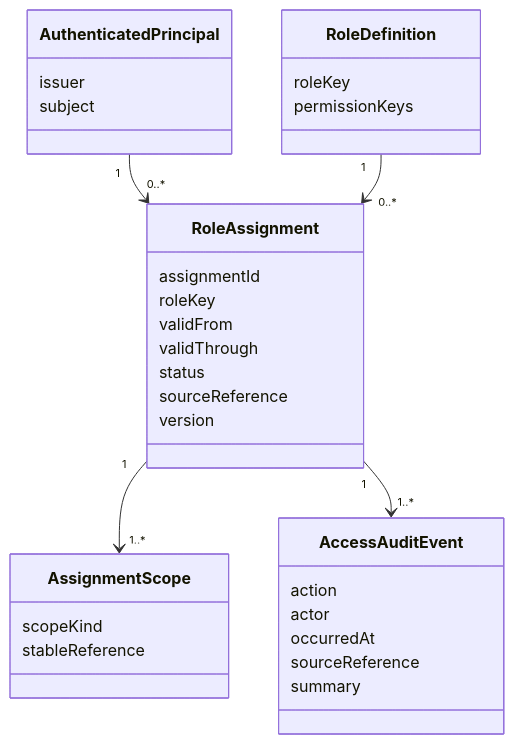
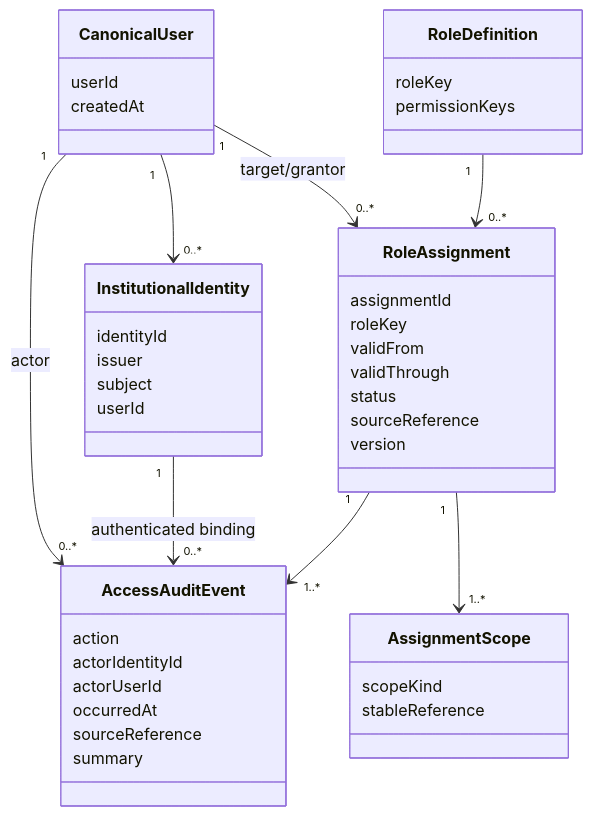
The first of 3 diagrams in docs/superpowers/specs/2026-10-01-identity-and-scoped-access-proposal.md (jdsalasca/open-university-backend), drawn with Mermaid before and after one commit. The commit also changed other lines of this file and 37 other files, not shown here.

Commit message:
feat(identity): add canonical university user

````diff
--- a/docs/superpowers/specs/2026-10-01-identity-and-scoped-access-proposal.md
+++ b/docs/superpowers/specs/2026-10-01-identity-and-scoped-access-proposal.md
@@ -68,35 +71,45 @@
 ```mermaid
 classDiagram
-  class AuthenticatedPrincipal {
+  class CanonicalUser {
+    userId
+    createdAt
+  }
+  class InstitutionalIdentity {
+    identityId
     issuer
     subject
+    userId
   }
   class RoleDefinition {
     roleKey
     permissionKeys
   }
   class RoleAssignment {
     assignmentId
     roleKey
     validFrom
     validThrough
     status
     sourceReference
     version
   }
   class AssignmentScope {
     scopeKind
     stableReference
   }
   class AccessAuditEvent {
     action
-    actor
+    actorIdentityId
+    actorUserId
     occurredAt
     sourceReference
     summary
   }
-  AuthenticatedPrincipal "1" --> "0..*" RoleAssignment
+  CanonicalUser "1" --> "0..*" InstitutionalIdentity
+  CanonicalUser "1" --> "0..*" RoleAssignment : target/grantor
+  CanonicalUser "1" --> "0..*" AccessAuditEvent : actor
+  InstitutionalIdentity "1" --> "0..*" AccessAuditEvent : authenticated binding
   RoleDefinition "1" --> "0..*" RoleAssignment
   RoleAssignment "1" --> "1..*" AssignmentScope
   RoleAssignment "1" --> "1..*" AccessAuditEvent
 ```
````
